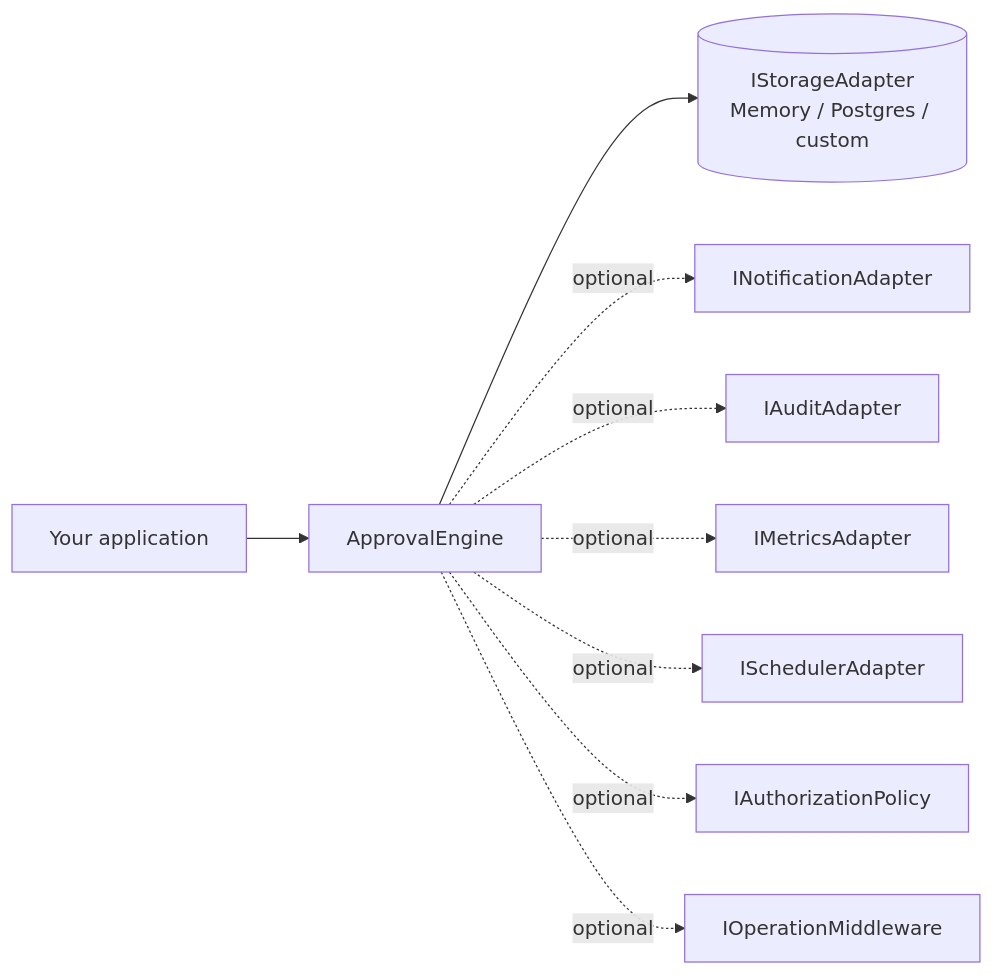
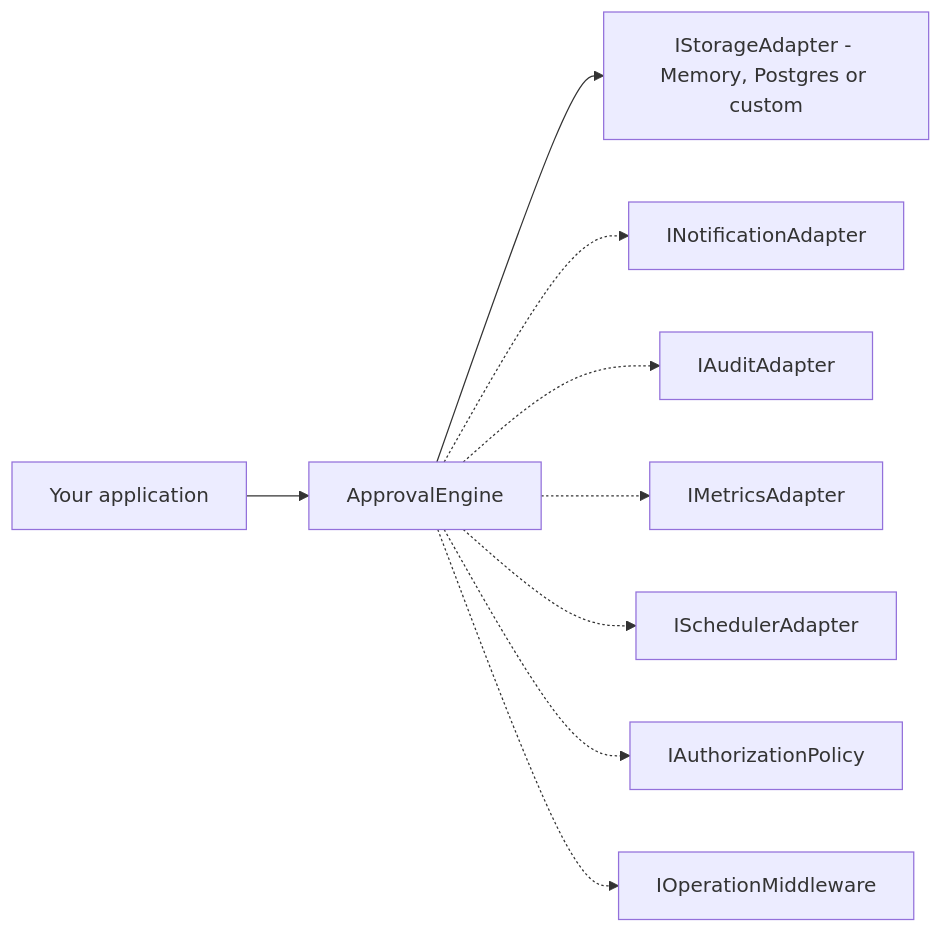
The third of 3 diagrams in README.md (matthews-wong/hierarchical-approval), drawn with Mermaid before and after one commit. The commit also changed other lines of this file, not shown here.

First line of the commit message:
docs: harden Mermaid diagrams so they render on GitHub

````diff
--- a/README.md
+++ b/README.md
@@ -138,11 +141,11 @@
 ```mermaid
 flowchart LR
-    APP["Your application"] --> ENG["ApprovalEngine"]
-    ENG --> ST[("IStorageAdapter<br/>Memory / Postgres / custom")]
-    ENG -. optional .-> NO["INotificationAdapter"]
-    ENG -. optional .-> AU["IAuditAdapter"]
-    ENG -. optional .-> ME["IMetricsAdapter"]
-    ENG -. optional .-> SC["ISchedulerAdapter"]
-    ENG -. optional .-> AZ["IAuthorizationPolicy"]
-    ENG -. optional .-> MW["IOperationMiddleware"]
+    APP[Your application] --> ENG[ApprovalEngine]
+    ENG --> ST[IStorageAdapter - Memory, Postgres or custom]
+    ENG -.-> NO[INotificationAdapter]
+    ENG -.-> AU[IAuditAdapter]
+    ENG -.-> ME[IMetricsAdapter]
+    ENG -.-> SC[ISchedulerAdapter]
+    ENG -.-> AZ[IAuthorizationPolicy]
+    ENG -.-> MW[IOperationMiddleware]
 ```
````
